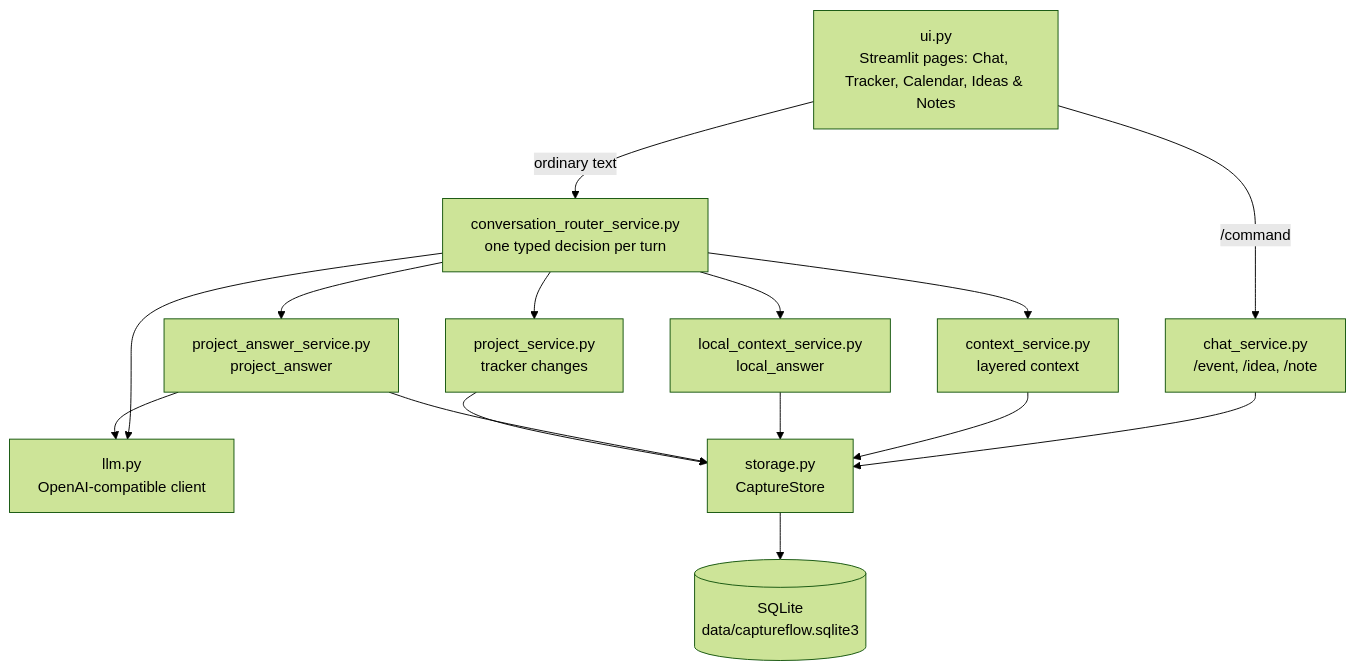
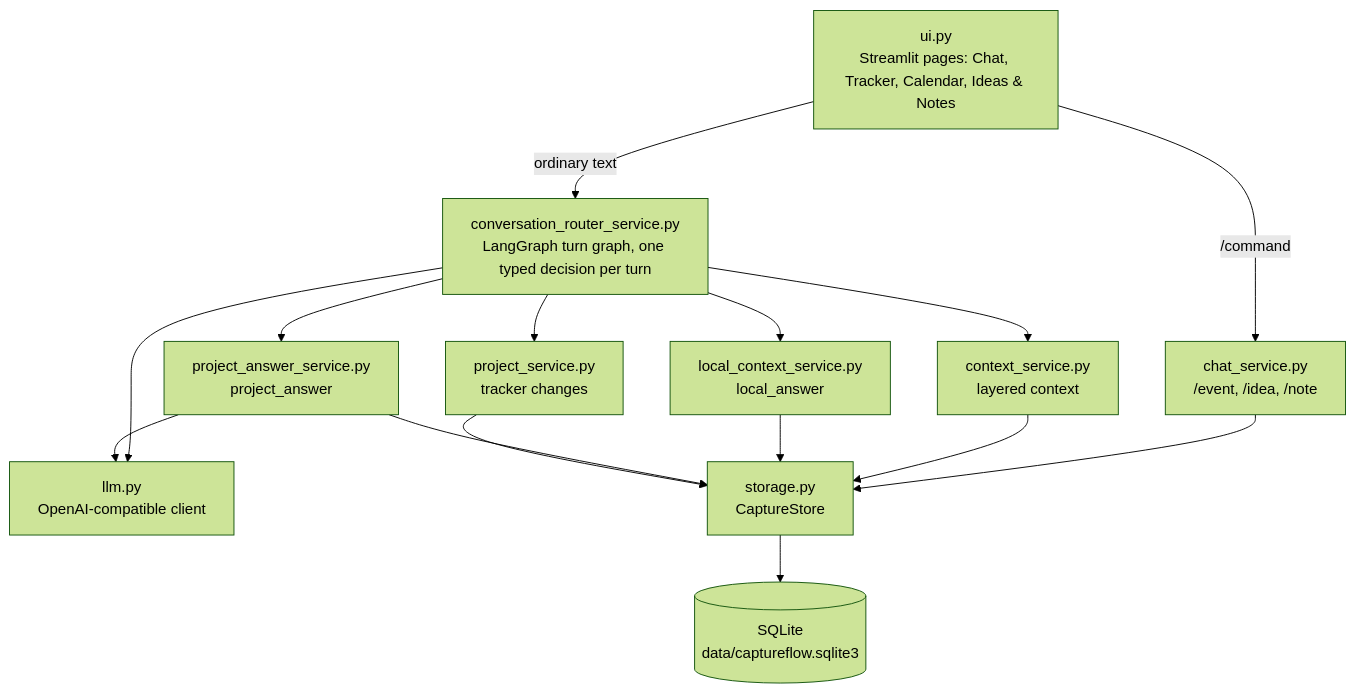
Before and after one commit to J1aCh3n/CaptureFlow: the diagram in README.md, drawn with Mermaid (forest theme). The commit also changed other lines of this file and 4 other files, not shown here.

Commit message:
refactor: restore LangGraph router architecture

````diff
--- a/README.md
+++ b/README.md
@@ -32,28 +34,28 @@
 ```mermaid
 flowchart TD
     UI["ui.py<br/>Streamlit pages: Chat, Tracker, Calendar, Ideas & Notes"]
     CMD["chat_service.py<br/>/event, /idea, /note"]
-    ROUTER["conversation_router_service.py<br/>one typed decision per turn"]
+    ROUTER["conversation_router_service.py<br/>LangGraph turn graph, one typed decision per turn"]
     CTX["context_service.py<br/>layered context"]
     LLM["llm.py<br/>OpenAI-compatible client"]
     LOCAL["local_context_service.py<br/>local_answer"]
     PANS["project_answer_service.py<br/>project_answer"]
     PSVC["project_service.py<br/>tracker changes"]
     STORE["storage.py<br/>CaptureStore"]
     DB[("SQLite<br/>data/captureflow.sqlite3")]
 
     UI -->|"/command"| CMD
     UI -->|ordinary text| ROUTER
     ROUTER --> CTX
     ROUTER --> LLM
     ROUTER --> LOCAL
     ROUTER --> PANS
     ROUTER --> PSVC
     PANS --> LLM
     CMD --> STORE
     CTX --> STORE
     LOCAL --> STORE
     PANS --> STORE
     PSVC --> STORE
     STORE --> DB
 ```
````
